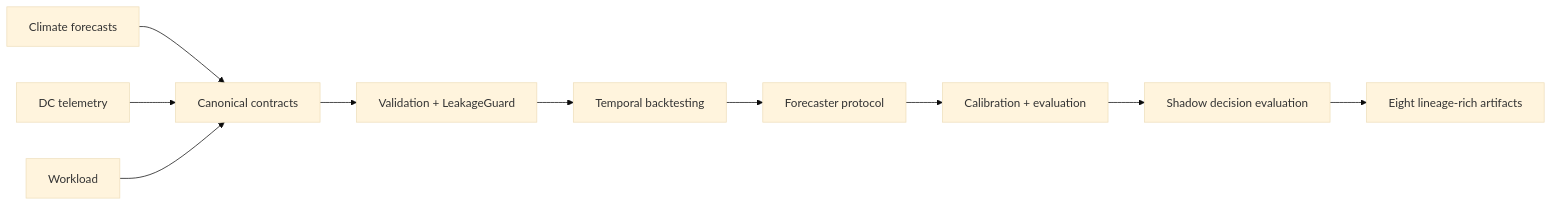
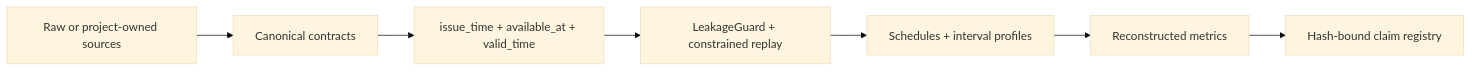
Before and after one commit to Hai-qq/climadc: the diagram in README.md, drawn with Mermaid (base theme). The commit also changed other lines of this file and 35 other files, not shown here.

````diff
--- a/README.md
+++ b/README.md
@@ -23,12 +32,9 @@
 ```mermaid
 flowchart LR
-    A["Climate forecasts"] --> D["Canonical contracts"]
-    B["DC telemetry"] --> D
-    C["Workload"] --> D
-    D --> E["Validation + LeakageGuard"]
-    E --> F["Temporal backtesting"]
-    F --> G["Forecaster protocol"]
-    G --> H["Calibration + evaluation"]
-    H --> I["Shadow decision evaluation"]
-    I --> J["Eight lineage-rich artifacts"]
+    A["Raw or project-owned sources"] --> B["Canonical contracts"]
+    B --> C["issue_time + available_at + valid_time"]
+    C --> D["LeakageGuard + constrained replay"]
+    D --> E["Schedules + interval profiles"]
+    E --> F["Reconstructed metrics"]
+    F --> G["Hash-bound claim registry"]
 ```
````
